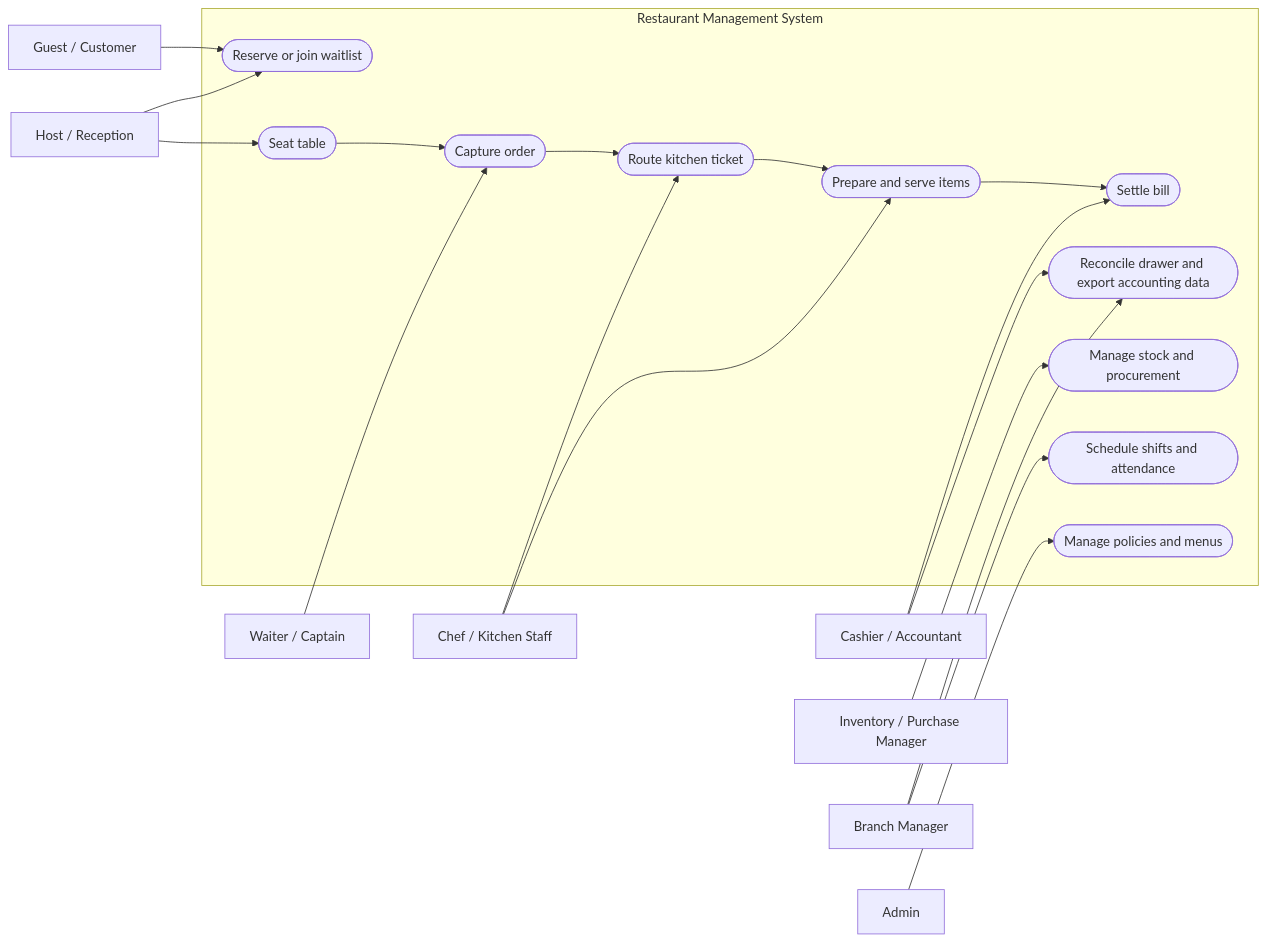
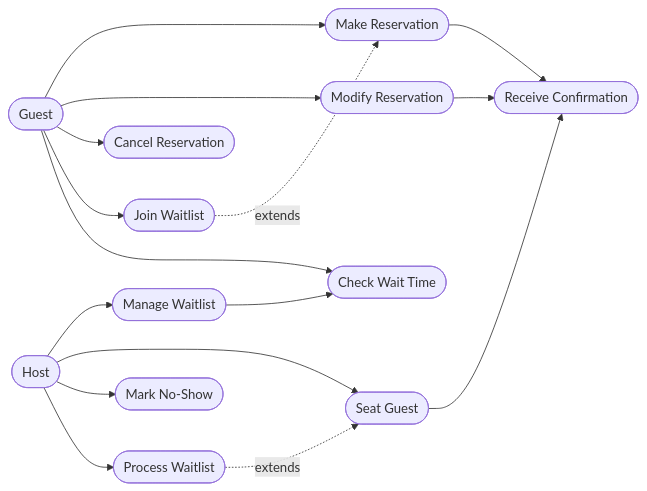
The first of 9 diagrams in Restaurant Management System/analysis/use-case-diagram.md (0Ankit0/Project-Ideas), drawn with Mermaid before and after one commit. The commit also changed other lines of this file and 22 other files, not shown here.

Commit message:
docs(restaurant-management-system): expand to full production-grade depth

````diff
--- a/Restaurant Management System/analysis/use-case-diagram.md
+++ b/Restaurant Management System/analysis/use-case-diagram.md
@@ -3,41 +33,24 @@
 ```mermaid
 flowchart LR
-    guest[Guest / Customer]
-    host[Host / Reception]
-    waiter[Waiter / Captain]
-    chef[Chef / Kitchen Staff]
-    cashier[Cashier / Accountant]
-    inventory[Inventory / Purchase Manager]
-    manager[Branch Manager]
-    admin[Admin]
+    guest([Guest])
+    host([Host])
 
-    subgraph system[Restaurant Management System]
-        uc1([Reserve or join waitlist])
-        uc2([Seat table])
-        uc3([Capture order])
-        uc4([Route kitchen ticket])
-        uc5([Prepare and serve items])
-        uc6([Settle bill])
-        uc7([Reconcile drawer and export accounting data])
-        uc8([Manage stock and procurement])
-        uc9([Schedule shifts and attendance])
-        uc10([Manage policies and menus])
-    end
+    guest --> makeRes([Make Reservation])
+    guest --> modRes([Modify Reservation])
+    guest --> cancelRes([Cancel Reservation])
+    guest --> joinWait([Join Waitlist])
+    guest --> checkWait([Check Wait Time])
 
-    guest --> uc1
-    host --> uc1
-    host --> uc2
-    waiter --> uc3
-    chef --> uc4
-    chef --> uc5
-    cashier --> uc6
-    cashier --> uc7
-    inventory --> uc8
-    manager --> uc7
-    manager --> uc9
-    admin --> uc10
-    uc2 --> uc3
-    uc3 --> uc4
-    uc4 --> uc5
-    uc5 --> uc6
+    makeRes --> recvConfirm([Receive Confirmation])
+    modRes  --> recvConfirm
+
+    host --> manageWait([Manage Waitlist])
+    host --> seatGuest([Seat Guest])
+    host --> markNoShow([Mark No-Show])
+    host --> processWait([Process Waitlist])
+
+    joinWait  -. extends .-> makeRes
+    processWait -. extends .-> seatGuest
+    seatGuest --> recvConfirm
+    manageWait --> checkWait
 ```
````
